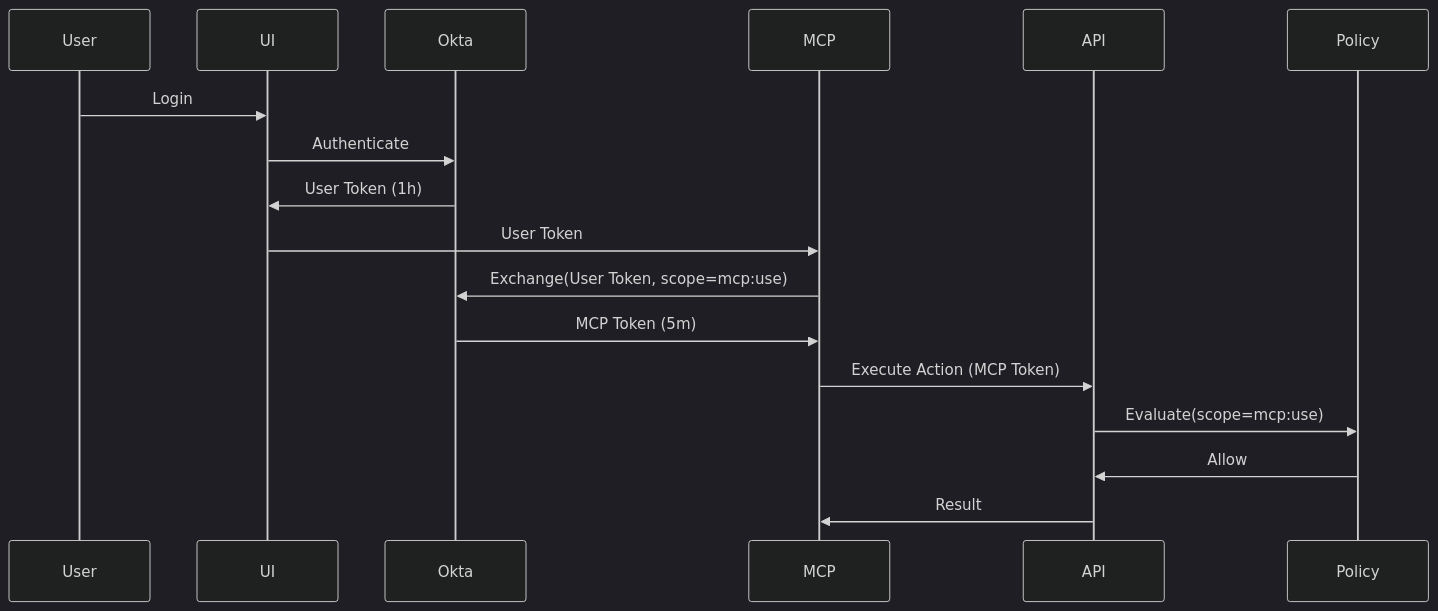
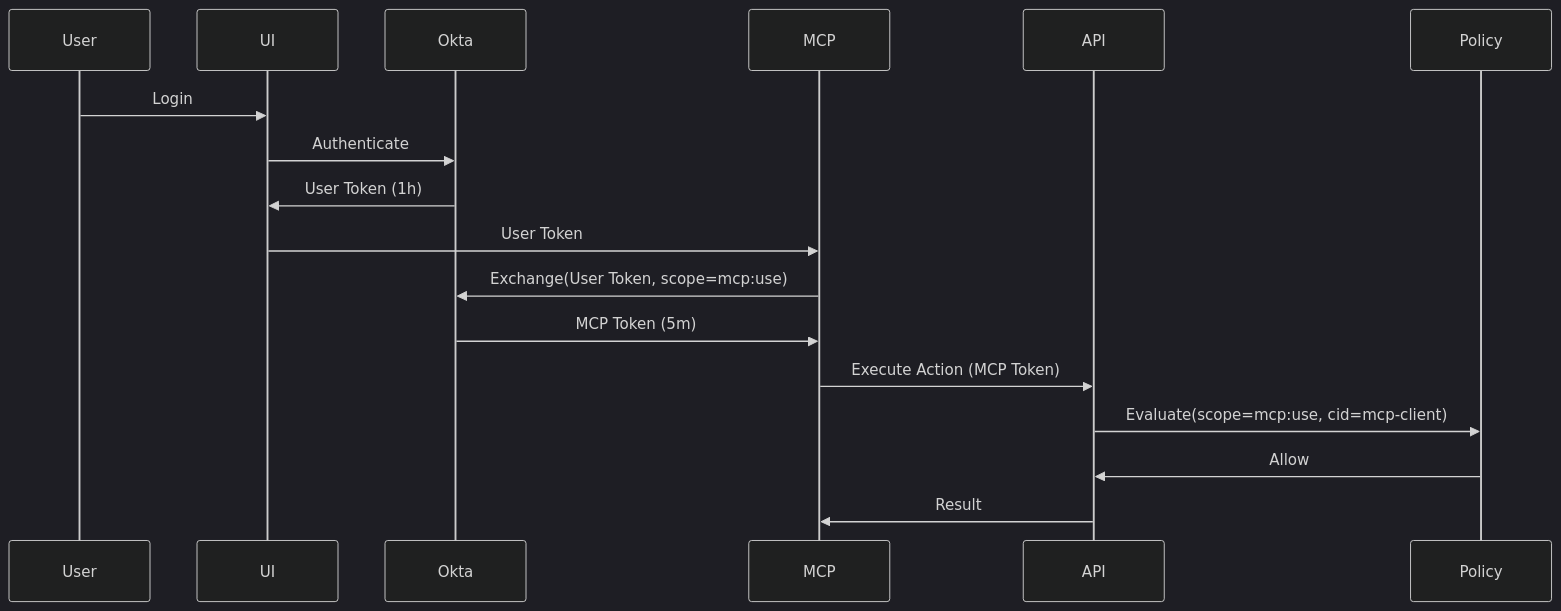
Before and after one commit to mb46010/capability_API: the diagram in docs/modules/token_exchange.md, drawn with Mermaid (dark theme). The commit also changed other lines of this file and 2 other files, not shown here.

First line of the commit message:
docs: update security documentation regarding MCP token verification

````diff
--- a/docs/modules/token_exchange.md
+++ b/docs/modules/token_exchange.md
@@ -20,13 +20,13 @@
 ```mermaid
 sequenceDiagram
     User->>UI: Login
     UI->>Okta: Authenticate
     Okta->>UI: User Token (1h)
     UI->>MCP: User Token
     MCP->>Okta: Exchange(User Token, scope=mcp:use)
     Okta->>MCP: MCP Token (5m)
     MCP->>API: Execute Action (MCP Token)
-    API->>Policy: Evaluate(scope=mcp:use)
+    API->>Policy: Evaluate(scope=mcp:use, cid=mcp-client)
     Policy->>API: Allow
     API->>MCP: Result
 ```
````
